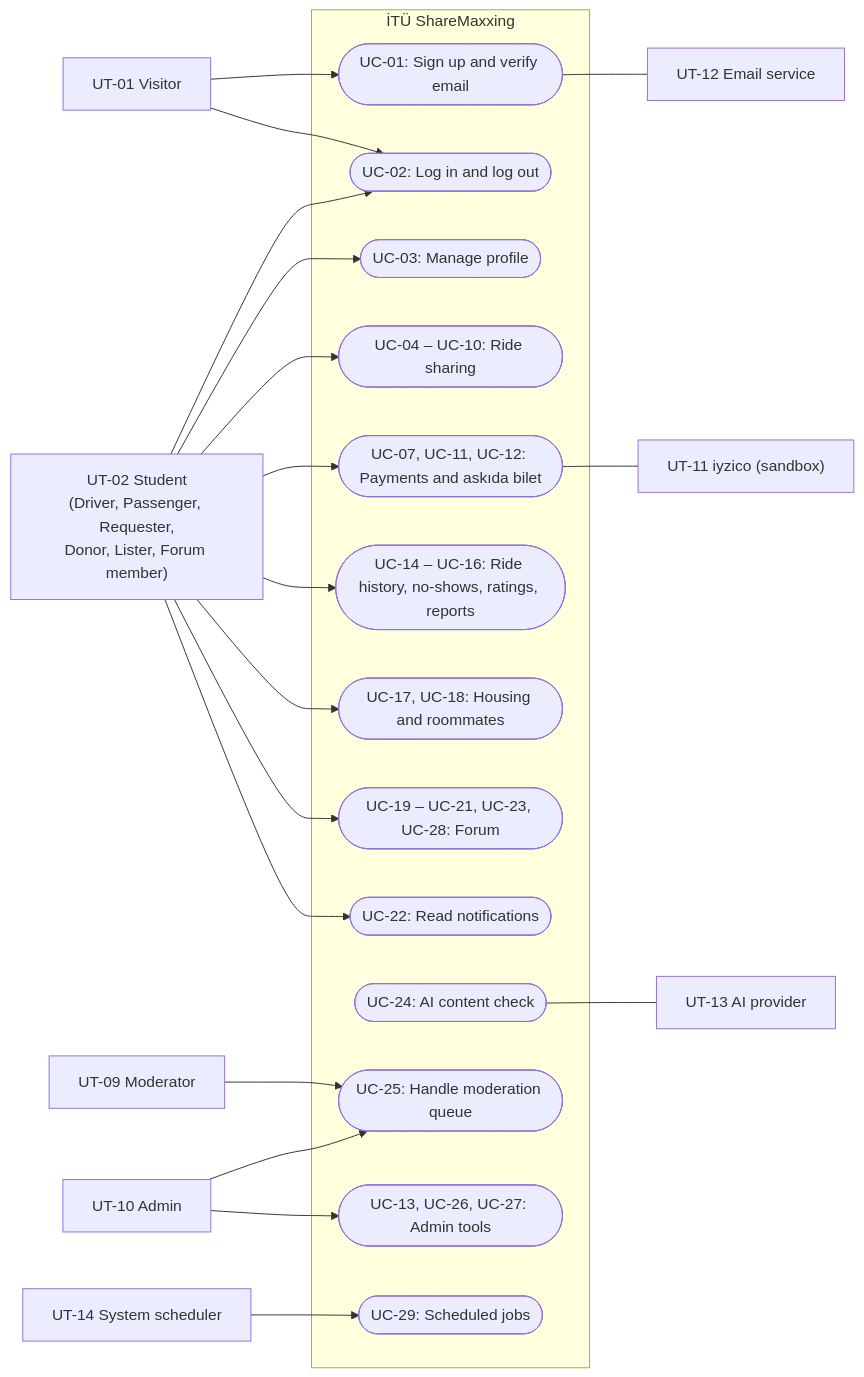
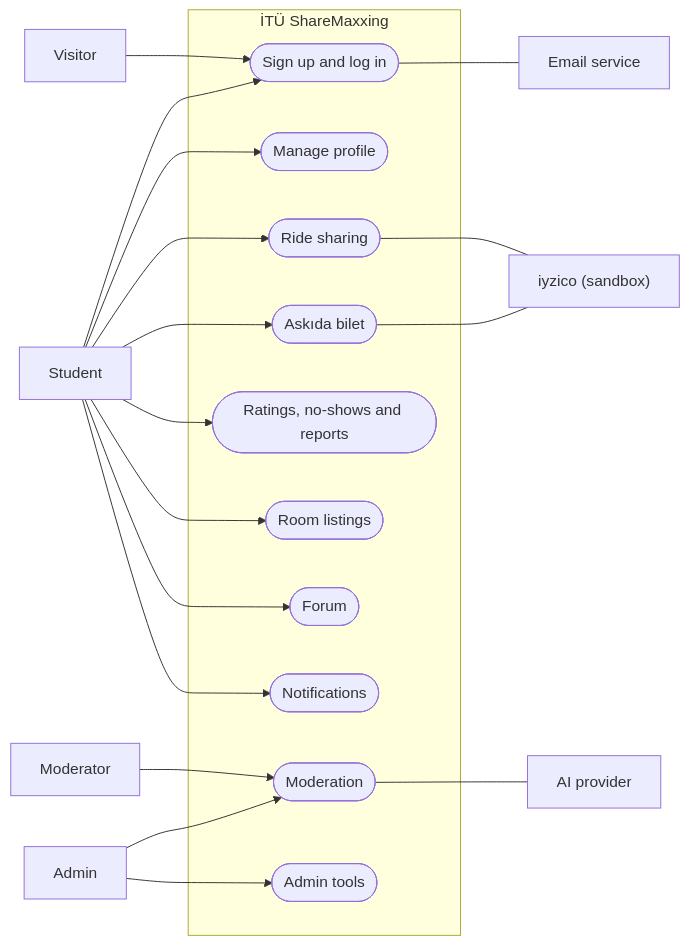
Before and after one commit to FuatKarakaya/ShareMaxxing: the first of 7 diagrams in docs/RequirementsSpec.md, drawn with Mermaid. The commit also changed other lines of this file, not shown here.

````diff
--- a/docs/RequirementsSpec.md
+++ b/docs/RequirementsSpec.md
@@ -518,46 +226,41 @@
 ```mermaid
 flowchart LR
-    Visitor["UT-01 Visitor"]
-    Student["UT-02 Student<br/>(Driver, Passenger, Requester,<br/>Donor, Lister, Forum member)"]
-    Moderator["UT-09 Moderator"]
-    Admin["UT-10 Admin"]
-    Timer["UT-14 System scheduler"]
+    Visitor["Visitor"]
+    Student["Student"]
+    Moderator["Moderator"]
+    Admin["Admin"]
 
     subgraph System["İTÜ ShareMaxxing"]
-        UC01(["UC-01: Sign up and verify email"])
-        UC02(["UC-02: Log in and log out"])
-        UC03(["UC-03: Manage profile"])
-        RIDES(["UC-04 – UC-10: Ride sharing"])
-        PAY(["UC-07, UC-11, UC-12: Payments and askıda bilet"])
-        TRUST(["UC-14 – UC-16: Ride history, no-shows, ratings, reports"])
-        HOUSE(["UC-17, UC-18: Housing and roommates"])
-        FORUM(["UC-19 – UC-21, UC-23, UC-28: Forum"])
-        NOTIF(["UC-22: Read notifications"])
-        AI(["UC-24: AI content check"])
-        MOD(["UC-25: Handle moderation queue"])
-        ADM(["UC-13, UC-26, UC-27: Admin tools"])
-        SCHED(["UC-29: Scheduled jobs"])
+        A(["Sign up and log in"])
+        P(["Manage profile"])
+        R(["Ride sharing"])
+        B(["Askıda bilet"])
+        T(["Ratings, no-shows and reports"])
+        H(["Room listings"])
+        F(["Forum"])
+        N(["Notifications"])
+        M(["Moderation"])
+        AD(["Admin tools"])
     end
 
-    Mail["UT-12 Email service"]
-    Iyzico["UT-11 iyzico (sandbox)"]
-    AIP["UT-13 AI provider"]
+    Iyzico["iyzico (sandbox)"]
+    Mail["Email service"]
+    AI["AI provider"]
 
-    Visitor --> UC01
-    Visitor --> UC02
-    Student --> UC02
-    Student --> UC03
-    Student --> RIDES
-    Student --> PAY
-    Student --> TRUST
-    Student --> HOUSE
-    Student --> FORUM
-    Student --> NOTIF
-    Moderator --> MOD
-    Admin --> MOD
-    Admin --> ADM
-    Timer --> SCHED
-    UC01 --- Mail
-    PAY --- Iyzico
-    AI --- AIP
+    Visitor --> A
+    Student --> A
+    Student --> P
+    Student --> R
+    Student --> B
+    Student --> T
+    Student --> H
+    Student --> F
+    Student --> N
+    Moderator --> M
+    Admin --> M
+    Admin --> AD
+    A --- Mail
+    R --- Iyzico
+    B --- Iyzico
+    M --- AI
 ```
````
